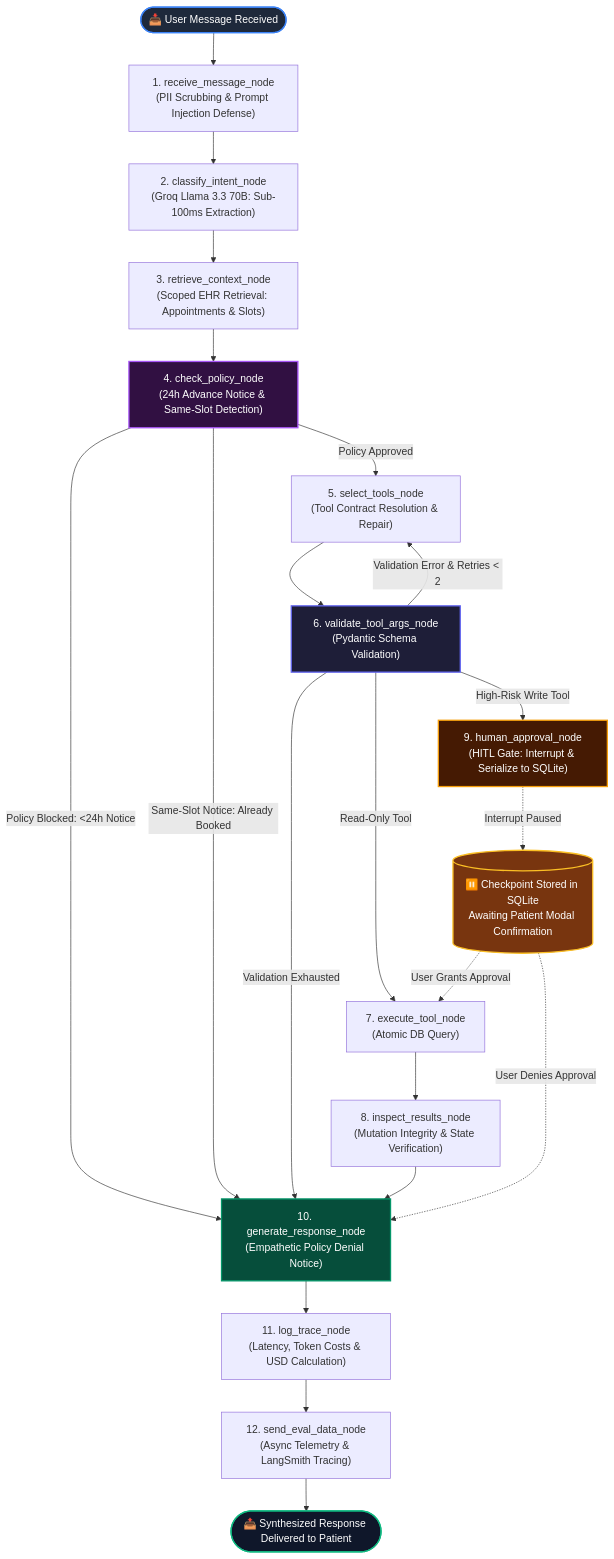
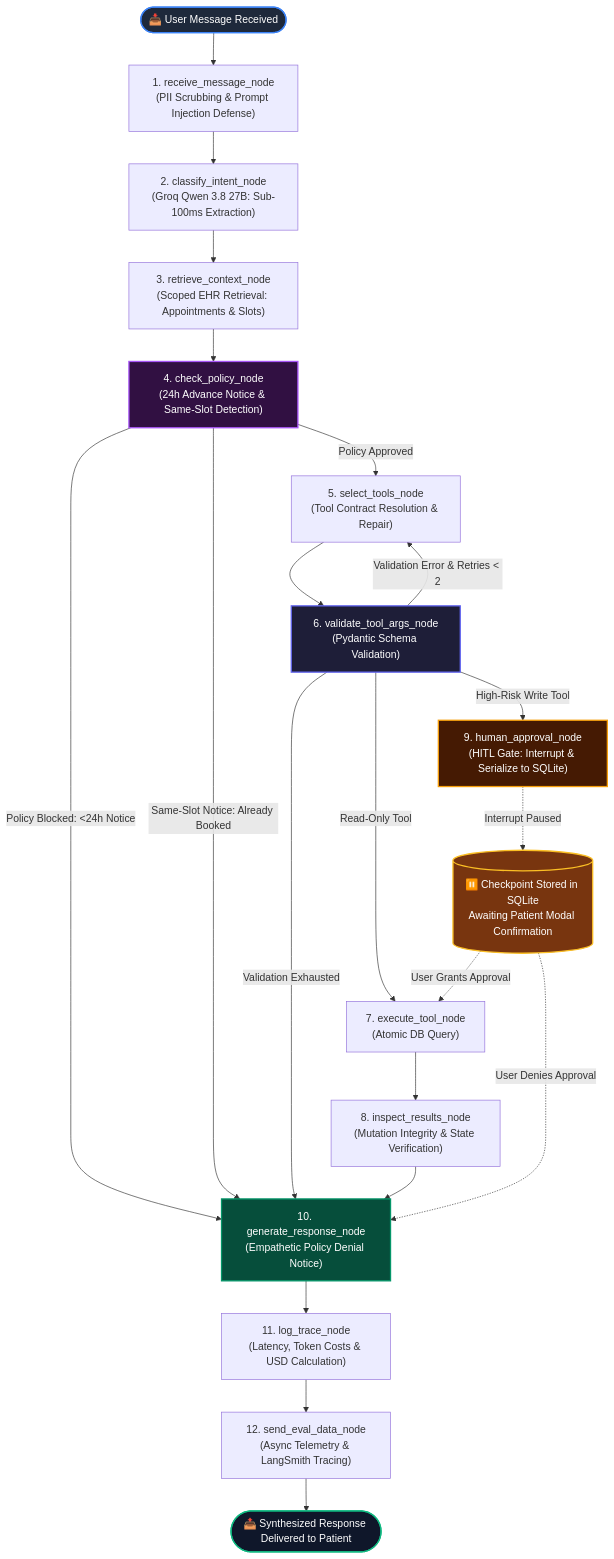
The second of 6 diagrams in README.md (adithyaboyapati/Agentic_Scheduling_System), drawn with Mermaid before and after one commit. The commit also changed other lines of this file and 3 other files, not shown here.

Commit message:
feat: switch Groq extraction model to qwen/qwen3.8-27b with env override support and token pricing

````diff
--- a/README.md
+++ b/README.md
@@ -135,44 +135,44 @@
 ```mermaid
 flowchart TD
     Start(["📥 User Message Received"]) --> S1["1. receive_message_node\n(PII Scrubbing & Prompt Injection Defense)"]
 
-    S1 --> S2["2. classify_intent_node\n(Groq Llama 3.3 70B: Sub-100ms Extraction)"]
+    S1 --> S2["2. classify_intent_node\n(Groq Qwen 3.8 27B: Sub-100ms Extraction)"]
     S2 --> S3["3. retrieve_context_node\n(Scoped EHR Retrieval: Appointments & Slots)"]
     S3 --> S4["4. check_policy_node\n(24h Advance Notice & Same-Slot Detection)"]
 
     %% Policy Decision Branching
     S4 -->|Policy Blocked: <24h Notice| S10["10. generate_response_node\n(Empathetic Policy Denial Notice)"]
     S4 -->|Same-Slot Notice: Already Booked| S10
     S4 -->|Policy Approved| S5["5. select_tools_node\n(Tool Contract Resolution & Repair)"]
 
     %% Self-Correction Dynamic Feedback Loop
     S5 --> S6["6. validate_tool_args_node\n(Pydantic Schema Validation)"]
     S6 -->|Validation Error & Retries < 2| S5
     S6 -->|Validation Exhausted| S10
 
     %% Tool Execution vs HITL
     S6 -->|Read-Only Tool| S7["7. execute_tool_node\n(Atomic DB Query)"]
     S6 -->|High-Risk Write Tool| S9["9. human_approval_node\n(HITL Gate: Interrupt & Serialize to SQLite)"]
 
     S7 --> S8["8. inspect_results_node\n(Mutation Integrity & State Verification)"]
     S8 --> S10
 
     %% HITL Checkpoint Branching
     S9 -.->|Interrupt Paused| AwaitApproval[("⏸️ Checkpoint Stored in SQLite\nAwaiting Patient Modal Confirmation")]
     AwaitApproval -.->|User Grants Approval| S7
     AwaitApproval -.->|User Denies Approval| S10
 
     %% Final Synthesis & Observability
     S10 --> S11["11. log_trace_node\n(Latency, Token Costs & USD Calculation)"]
     S11 --> S12["12. send_eval_data_node\n(Async Telemetry & LangSmith Tracing)"]
     S12 --> Done(["📤 Synthesized Response Delivered to Patient"])
 
     %% Node styling
     style Start fill:#1e293b,stroke:#3b82f6,stroke-width:2px,color:#fff
     style Done fill:#0f172a,stroke:#10b981,stroke-width:2px,color:#fff
     style S9 fill:#451a03,stroke:#f59e0b,stroke-width:2px,color:#fff
     style AwaitApproval fill:#78350f,stroke:#fbbf24,stroke-width:2px,color:#fff
     style S4 fill:#311042,stroke:#a855f7,stroke-width:2px,color:#fff
     style S6 fill:#1e1e38,stroke:#6366f1,stroke-width:2px,color:#fff
     style S10 fill:#064e3b,stroke:#059669,stroke-width:2px,color:#fff
 ```
````
